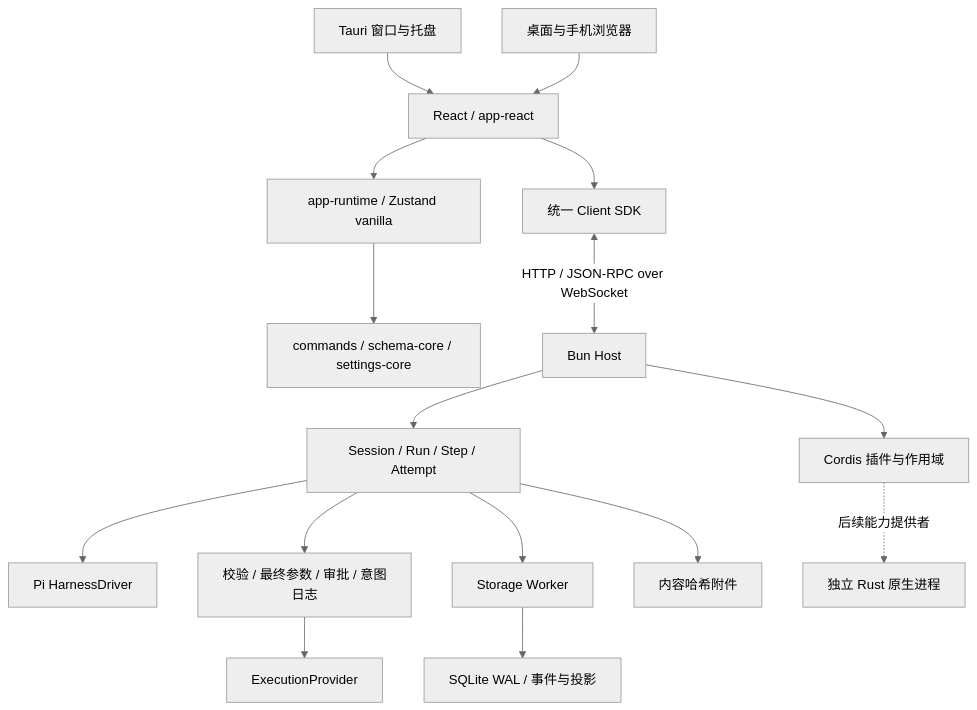
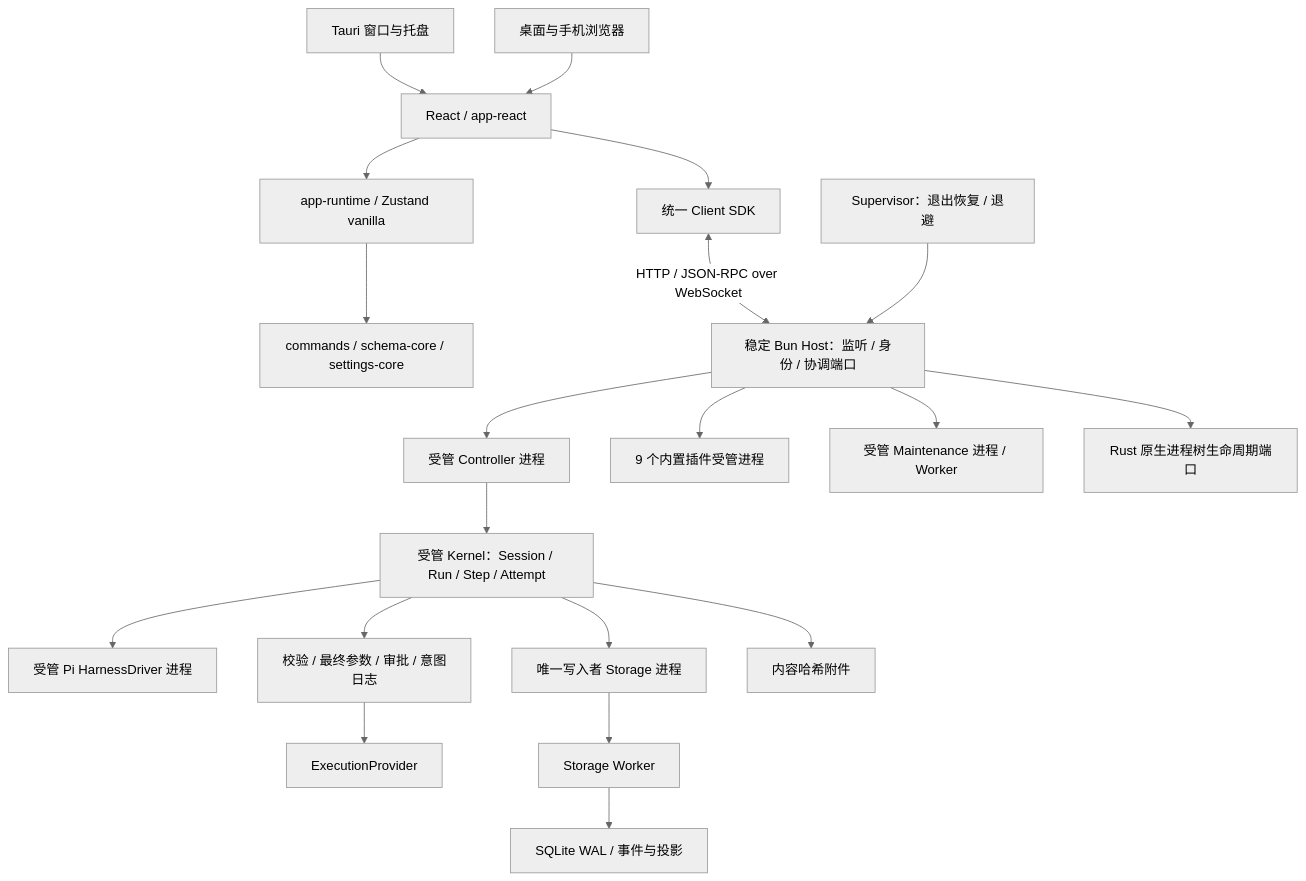
Before and after one commit to He-Jiahui/hbar: the diagram in docs/architecture.md, drawn with Mermaid (neutral theme). The commit also changed other lines of this file and 5 other files, not shown here.

````diff
--- a/docs/architecture.md
+++ b/docs/architecture.md
@@ -11,18 +11,22 @@
 ```mermaid
 flowchart TB
   Desktop[Tauri 窗口与托盘] --> Web[React / app-react]
   Browser[桌面与手机浏览器] --> Web
   Web --> Runtime[app-runtime / Zustand vanilla]
   Runtime --> Commands[commands / schema-core / settings-core]
   Web --> SDK[统一 Client SDK]
-  SDK <-->|HTTP / JSON-RPC over WebSocket| Host[Bun Host]
-  Host --> Core[Session / Run / Step / Attempt]
-  Host --> Cordis[Cordis 插件与作用域]
-  Core --> Driver[Pi HarnessDriver]
+  SDK <-->|HTTP / JSON-RPC over WebSocket| Host[稳定 Bun Host：监听 / 身份 / 协调端口]
+  Supervisor[Supervisor：退出恢复 / 退避] --> Host
+  Host --> Controller[受管 Controller 进程]
+  Controller --> Core[受管 Kernel：Session / Run / Step / Attempt]
+  Host --> Cordis[9 个内置插件受管进程]
+  Core --> Driver[受管 Pi HarnessDriver 进程]
   Core --> Gate[校验 / 最终参数 / 审批 / 意图日志]
   Gate --> Exec[ExecutionProvider]
-  Core --> Worker[Storage Worker]
+  Core --> Storage[唯一写入者 Storage 进程]
+  Storage --> Worker[Storage Worker]
   Worker --> SQLite[SQLite WAL / 事件与投影]
   Core --> Assets[内容哈希附件]
-  Cordis -.后续能力提供者.-> Native[独立 Rust 原生进程]
+  Host --> Maintenance[受管 Maintenance 进程 / Worker]
+  Host --> Native[Rust 原生进程树生命周期端口]
 ```
````
